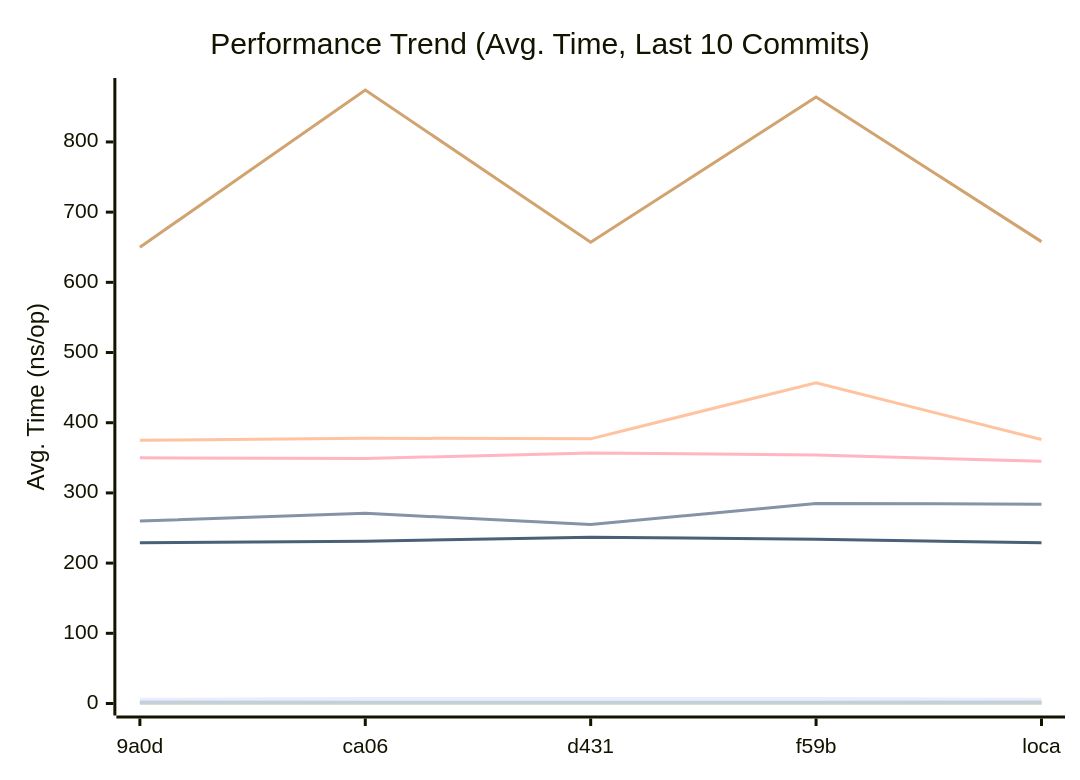
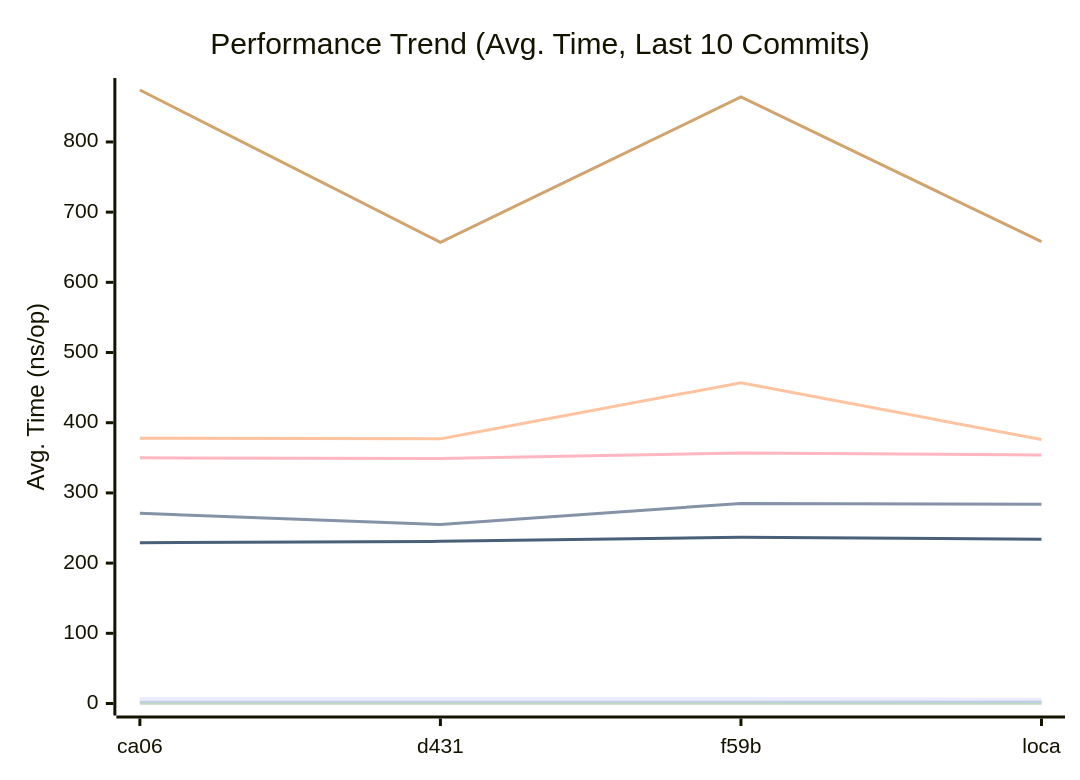
The first of 3 diagrams in docs/PERFORMANCE.md (alsotoes/momo), drawn with Mermaid before and after one commit. The commit also changed other lines of this file and 3 other files, not shown here.

````diff
--- a/docs/PERFORMANCE.md
+++ b/docs/PERFORMANCE.md
@@ -80,16 +80,16 @@
 ```mermaid
 xychart-beta
     title "Performance Trend (Avg. Time, Last 10 Commits)"
     x-axis "Commit"
     y-axis "Avg. Time (ns/op)"
-    x-axis [9a0d,ca06,d431,f59b,loca]
-    line "CheckMetricsAndSwap" [6,7,7,7,6,6,7,7,19,6]
-    line "CrushOptimized" [260,271,255,285,284,286,323,345,528,260]
-    line "CrushOriginal" [375,378,377,457,376,390,365,708,1101,375]
-    line "IndexDirectTracking" [0,0,0,0,0,0,0,0,1,0]
-    line "IndexSearch" [1,1,1,1,1,3,1,3,4,3]
-    line "LoadGlobalConfig" [650,874,657,864,658,615,611,855,1324,681]
+    x-axis [ca06,d431,f59b,loca]
+    line "CheckMetricsAndSwap" [7,7,7,6,6,7,7,19,6,6]
+    line "CrushOptimized" [271,255,285,284,286,323,345,528,260,279]
+    line "CrushOriginal" [378,377,457,376,390,365,708,1101,375,388]
+    line "IndexDirectTracking" [0,0,0,0,0,0,0,1,0,0]
+    line "IndexSearch" [1,1,1,1,3,1,3,4,3,2]
+    line "LoadGlobalConfig" [874,657,864,658,615,611,855,1324,681,613]
     line "PadString" [2,2,2,2,2,2,2,2,2,2]
     line "ParseReplicationOrder_NoPrealloc" [350,349,357,354,345,225,229,165,232,234]
     line "ParseReplicationOrder_Prealloc" [229,231,237,234,229,108,107,80,110,109]
 ```
````
